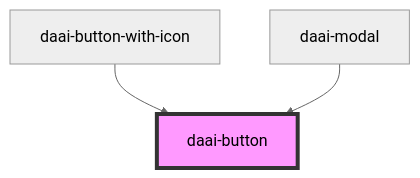
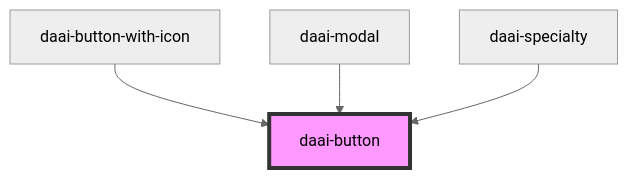
The diagram in src/components/atoms/button/readme.md (doctor-assistant/web-components), drawn with Mermaid (neutral theme) before and after one commit. The commit also changed other lines of this file and 20 other files, not shown here.

````diff
--- a/src/components/atoms/button/readme.md
+++ b/src/components/atoms/button/readme.md
@@ -21,6 +22,7 @@
 ```mermaid
 graph TD;
   daai-button-with-icon --> daai-button
   daai-modal --> daai-button
+  daai-specialty --> daai-button
   style daai-button fill:#f9f,stroke:#333,stroke-width:4px
 ```
````
